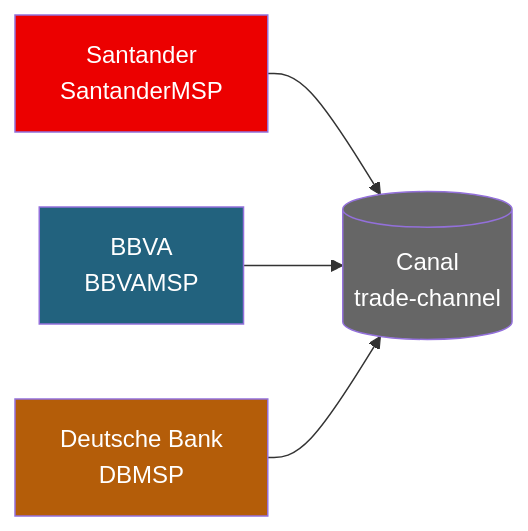
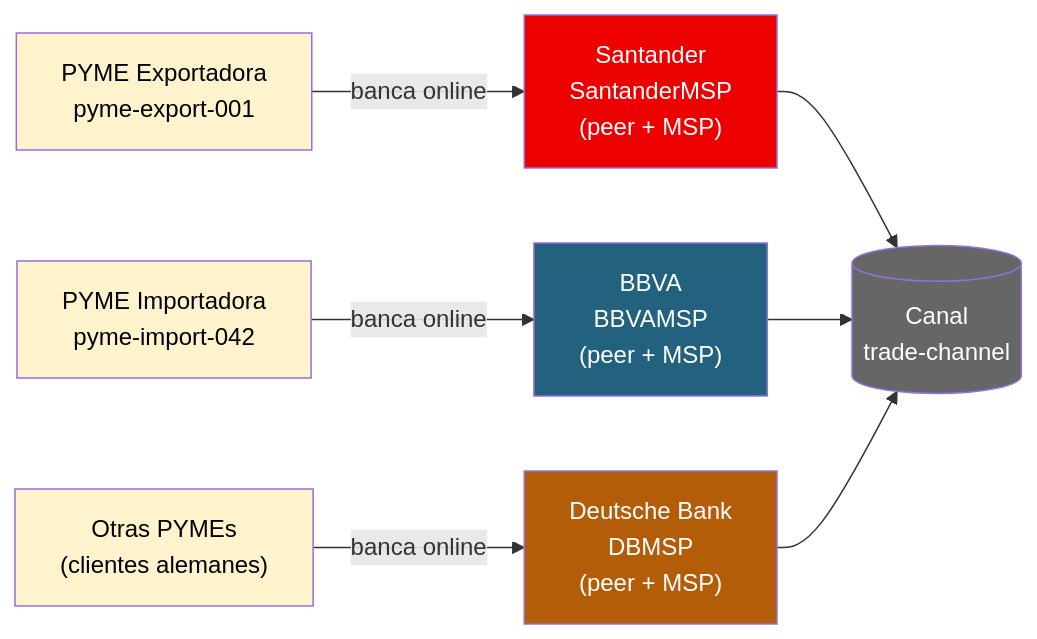
Before and after one commit to jjnieto/Curso-HLFabric: the second of 3 diagrams in Modulo-3/ejercicio-wetrade.md, drawn with Mermaid. The commit also changed other lines of this file and 1 other file, not shown here.

First line of the commit message:
Modulo-3 / wetrade: poner el foco en los clientes (PYMEs), no solo en los bancos

````diff
--- a/Modulo-3/ejercicio-wetrade.md
+++ b/Modulo-3/ejercicio-wetrade.md
@@ -44,11 +54,18 @@
 ```mermaid
 graph LR
-    BS["Santander<br/>SantanderMSP"] --> CANAL[("Canal<br/>trade-channel")]
-    BB["BBVA<br/>BBVAMSP"] --> CANAL
-    BD["Deutsche Bank<br/>DBMSP"] --> CANAL
+    PE["PYME Exportadora<br/>pyme-export-001"] -->|"banca online"| BS
+    PI["PYME Importadora<br/>pyme-import-042"] -->|"banca online"| BB
+    PD2["Otras PYMEs<br/>(clientes alemanes)"] -->|"banca online"| BD
 
+    BS["Santander<br/>SantanderMSP<br/>(peer + MSP)"] --> CANAL[("Canal<br/>trade-channel")]
+    BB["BBVA<br/>BBVAMSP<br/>(peer + MSP)"] --> CANAL
+    BD["Deutsche Bank<br/>DBMSP<br/>(peer + MSP)"] --> CANAL
+
+    style PE fill:#fff3cd,color:#000
+    style PI fill:#fff3cd,color:#000
+    style PD2 fill:#fff3cd,color:#000
     style BS fill:#EC0000,color:#fff
     style BB fill:#22627E,color:#fff
     style BD fill:#B45D09,color:#fff
     style CANAL fill:#666,color:#fff
 ```
````
